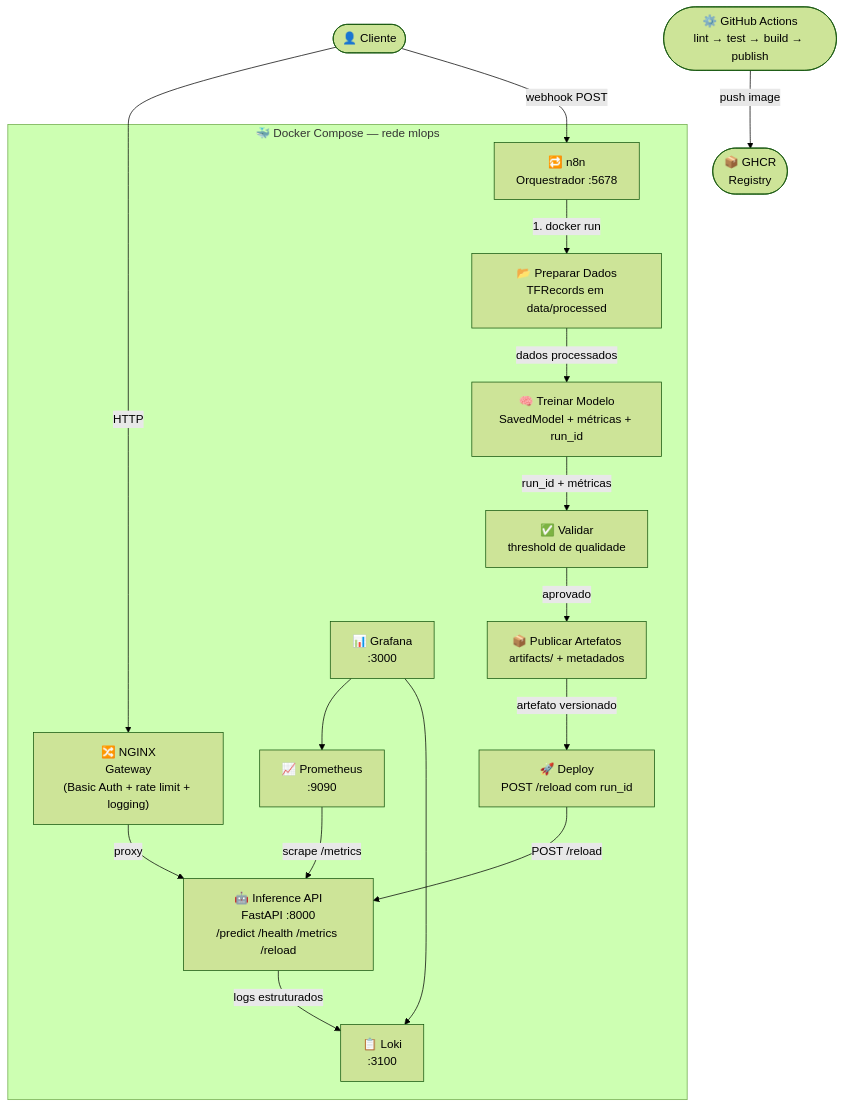
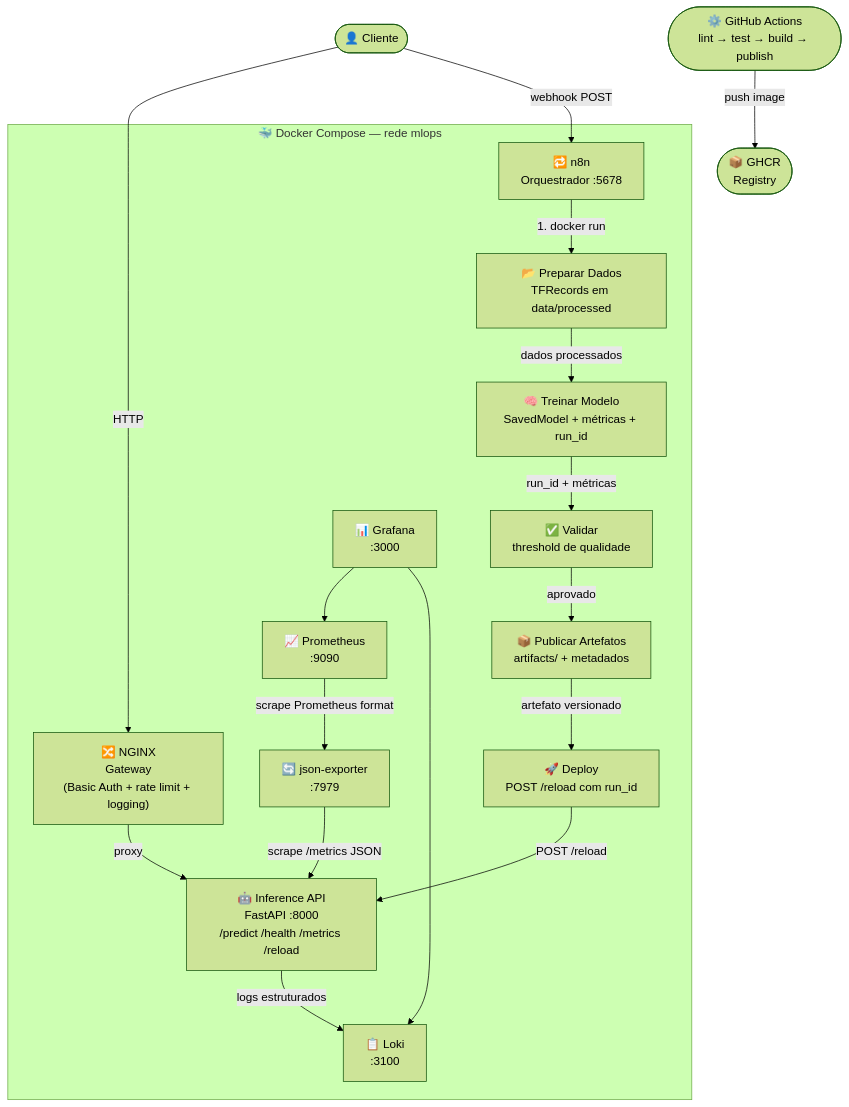
Before and after one commit to saviorgomes/mlops-challenge-handtalk: the diagram in README.md, drawn with Mermaid (forest theme). The commit also changed other lines of this file, not shown here.

Commit message:
docs: atualiza README com json-exporter no diagrama e senhas corretas

````diff
--- a/README.md
+++ b/README.md
@@ -211,35 +211,37 @@
 ```mermaid
 flowchart TD
     Client(["👤 Cliente"])
     GHA(["⚙️ GitHub Actions\nlint → test → build → publish"])
     GHCR(["📦 GHCR\nRegistry"])
 
     subgraph Docker Compose ["🐳 Docker Compose — rede mlops"]
         Nginx["🔀 NGINX\nGateway\n(Basic Auth + rate limit + logging)"]
         API["🤖 Inference API\nFastAPI :8000\n/predict /health /metrics /reload"]
         N8N["🔁 n8n\nOrquestrador :5678"]
         Prepare["📂 Preparar Dados\nTFRecords em data/processed"]
         Train["🧠 Treinar Modelo\nSavedModel + métricas + run_id"]
         Validate["✅ Validar\nthreshold de qualidade"]
         Publish["📦 Publicar Artefatos\nartifacts/<run_id> + metadados"]
         Deploy["🚀 Deploy\nPOST /reload com run_id"]
         Prometheus["📈 Prometheus\n:9090"]
+        JsonExporter["🔄 json-exporter\n:7979"]
         Grafana["📊 Grafana\n:3000"]
         Loki["📋 Loki\n:3100"]
     end
 
     Client -->|"HTTP"| Nginx
     Nginx -->|"proxy"| API
     Client -->|"webhook POST"| N8N
     N8N -->|"1. docker run"| Prepare
     Prepare -->|"dados processados"| Train
     Train -->|"run_id + métricas"| Validate
     Validate -->|"aprovado"| Publish
     Publish -->|"artefato versionado"| Deploy
     Deploy -->|"POST /reload"| API
-    Prometheus -->|"scrape /metrics"| API
+    JsonExporter -->|"scrape /metrics JSON"| API
+    Prometheus -->|"scrape Prometheus format"| JsonExporter
     Grafana --> Prometheus
     Grafana --> Loki
     API -->|"logs estruturados"| Loki
     GHA -->|"push image"| GHCR
 ```
````
